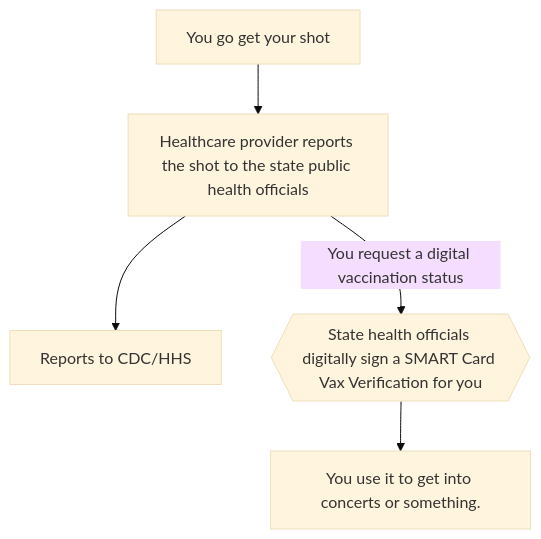
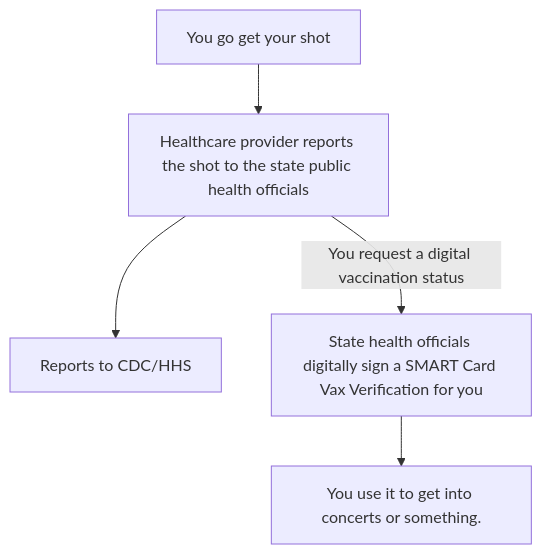
Before and after one commit to BrendanHiggins/BrendanHiggins.github.io: the first of 2 diagrams in _posts/2021-08-20-covid-cards.md, drawn with Mermaid. The commit also changed other lines of this file and 2 other files, not shown here.

Commit message:
More Mermaid

```diff
--- a/_posts/2021-08-20-covid-cards.md
+++ b/_posts/2021-08-20-covid-cards.md
@@ -206,9 +198,8 @@
 <div class="mermaid"> 
-%%{init: {'theme':'base'}}%%
 graph TD; 
 A[You go get your shot]-->B; 
 B[Healthcare provider reports the shot to the state public health officials]-->C;
-B-- You request a digital vaccination status -->D{{State health officials digitally sign a SMART Card Vax Verification for you}}
+B-- You request a digital vaccination status -->D[State health officials digitally sign a SMART Card Vax Verification for you]
 C[Reports to CDC/HHS]
 D-->E[You use it to get into concerts or something.]
 </div>
```
